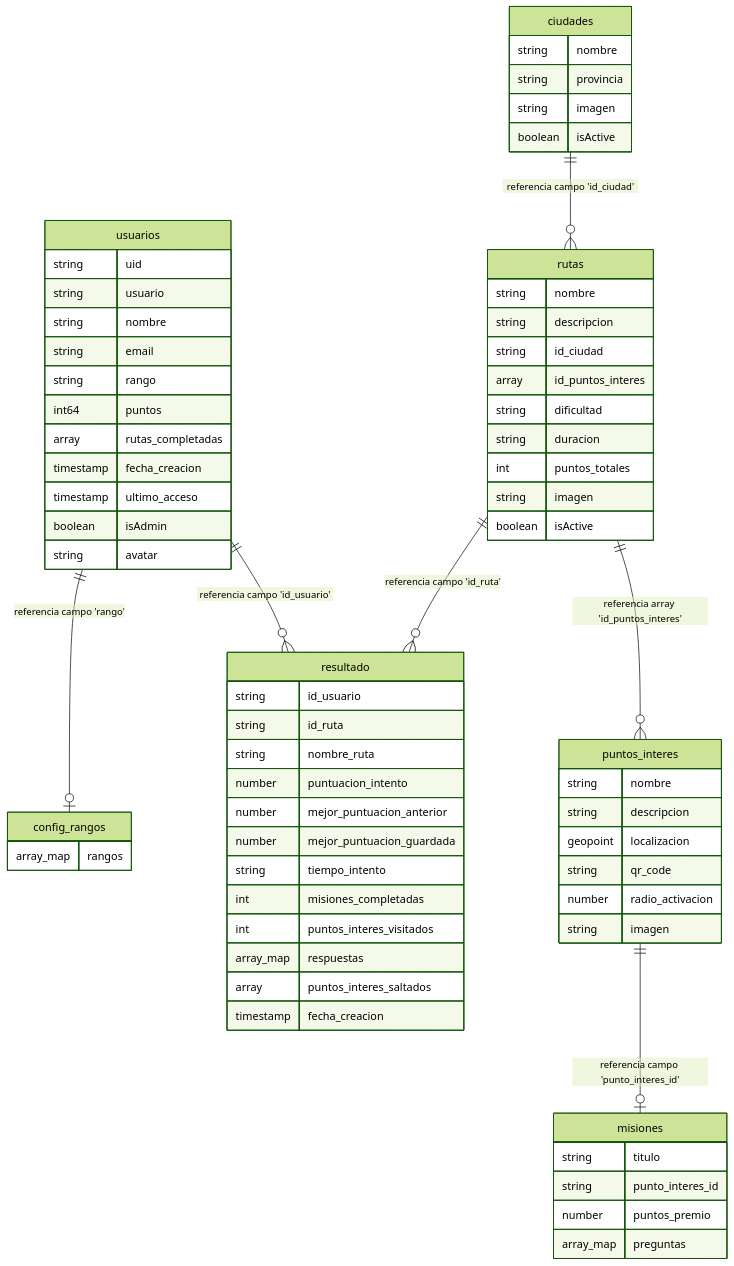
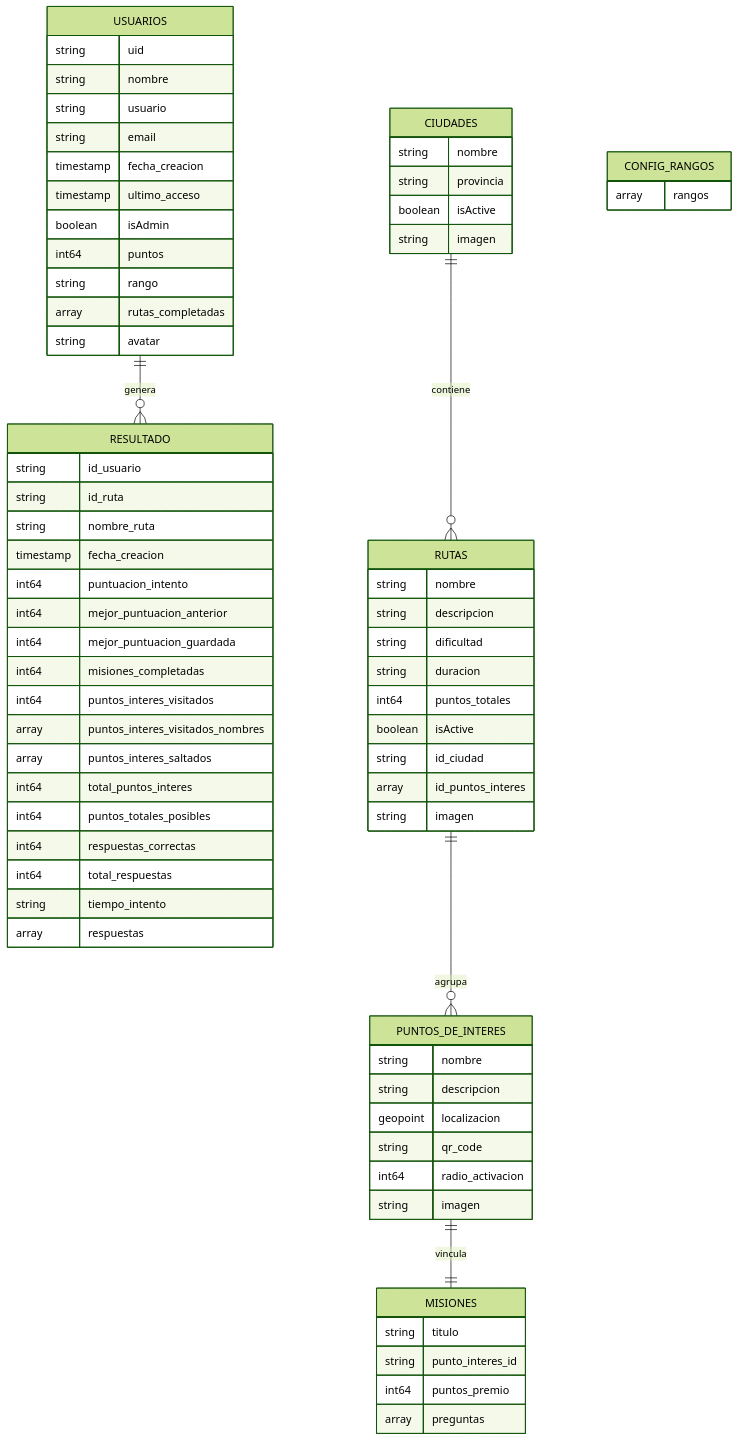
The second of 4 diagrams in diagrama.md (TurisTechTeam-Dev/rutexgo-assets), drawn with Mermaid (forest theme) before and after one commit.

````diff
--- a/diagrama.md
+++ b/diagrama.md
@@ -71,77 +71,79 @@
 ```mermaid
 erDiagram
-    usuarios ||--o| config_rangos : "referencia campo 'rango'"
-    usuarios ||--o{ resultado : "referencia campo 'id_usuario'"
-    ciudades ||--o{ rutas : "referencia campo 'id_ciudad'"
-    rutas ||--o{ puntos_interes : "referencia array 'id_puntos_interes'"
-    puntos_interes ||--o| misiones : "referencia campo 'punto_interes_id'"
-    rutas ||--o{ resultado : "referencia campo 'id_ruta'"
-
-    usuarios {
+    USUARIOS ||--o{ RESULTADO : genera
+    USUARIOS {
         string uid
+        string nombre
         string usuario
-        string nombre
         string email
-        string rango
-        int64 puntos
-        array rutas_completadas
         timestamp fecha_creacion
         timestamp ultimo_acceso
         boolean isAdmin
+        int64 puntos
+        string rango
+        array rutas_completadas
         string avatar
     }
 
-    ciudades {
+    CIUDADES ||--o{ RUTAS : contiene
+    CIUDADES {
         string nombre
         string provincia
+        boolean isActive
         string imagen
-        boolean isActive
     }
 
-    rutas {
+    RUTAS ||--o{ PUNTOS_DE_INTERES : agrupa
+    RUTAS {
         string nombre
         string descripcion
+        string dificultad
+        string duracion
+        int64 puntos_totales
+        boolean isActive
         string id_ciudad
         array id_puntos_interes
-        string dificultad
-        string duracion
-        int puntos_totales
         string imagen
-        boolean isActive
     }
 
-    puntos_interes {
+    PUNTOS_DE_INTERES ||--|| MISIONES : vincula
+    PUNTOS_DE_INTERES {
         string nombre
         string descripcion
         geopoint localizacion
         string qr_code
-        number radio_activacion
+        int64 radio_activacion
         string imagen
     }
 
-    misiones {
+    MISIONES {
         string titulo
         string punto_interes_id
-        number puntos_premio
-        array_map preguntas
+        int64 puntos_premio
+        array preguntas
     }
 
-    resultado {
+    RESULTADO {
         string id_usuario
         string id_ruta
         string nombre_ruta
-        number puntuacion_intento
-        number mejor_puntuacion_anterior
-        number mejor_puntuacion_guardada
+        timestamp fecha_creacion
+        int64 puntuacion_intento
+        int64 mejor_puntuacion_anterior
+        int64 mejor_puntuacion_guardada
+        int64 misiones_completadas
+        int64 puntos_interes_visitados
+        array puntos_interes_visitados_nombres
+        array puntos_interes_saltados
+        int64 total_puntos_interes
+        int64 puntos_totales_posibles
+        int64 respuestas_correctas
+        int64 total_respuestas
         string tiempo_intento
-        int misiones_completadas
-        int puntos_interes_visitados
-        array_map respuestas
-        array puntos_interes_saltados
-        timestamp fecha_creacion
+        array respuestas
     }
 
-    config_rangos {
-        array_map rangos
+    CONFIG_RANGOS {
+        array rangos
     }
 ```
````
